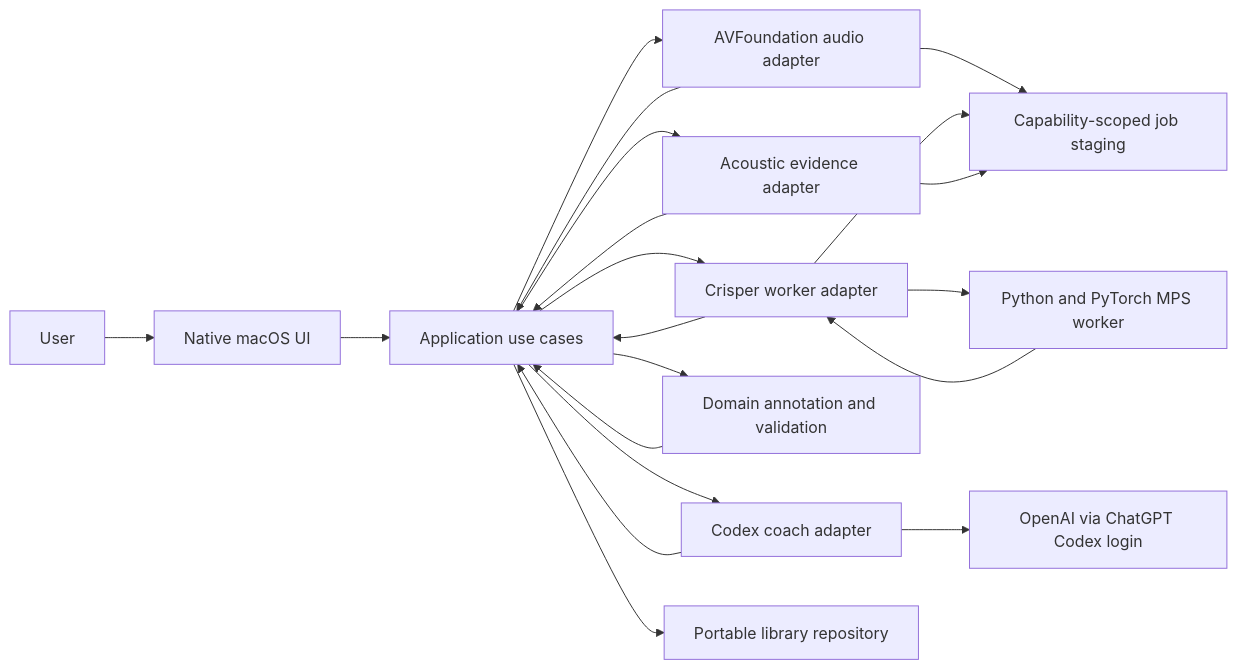
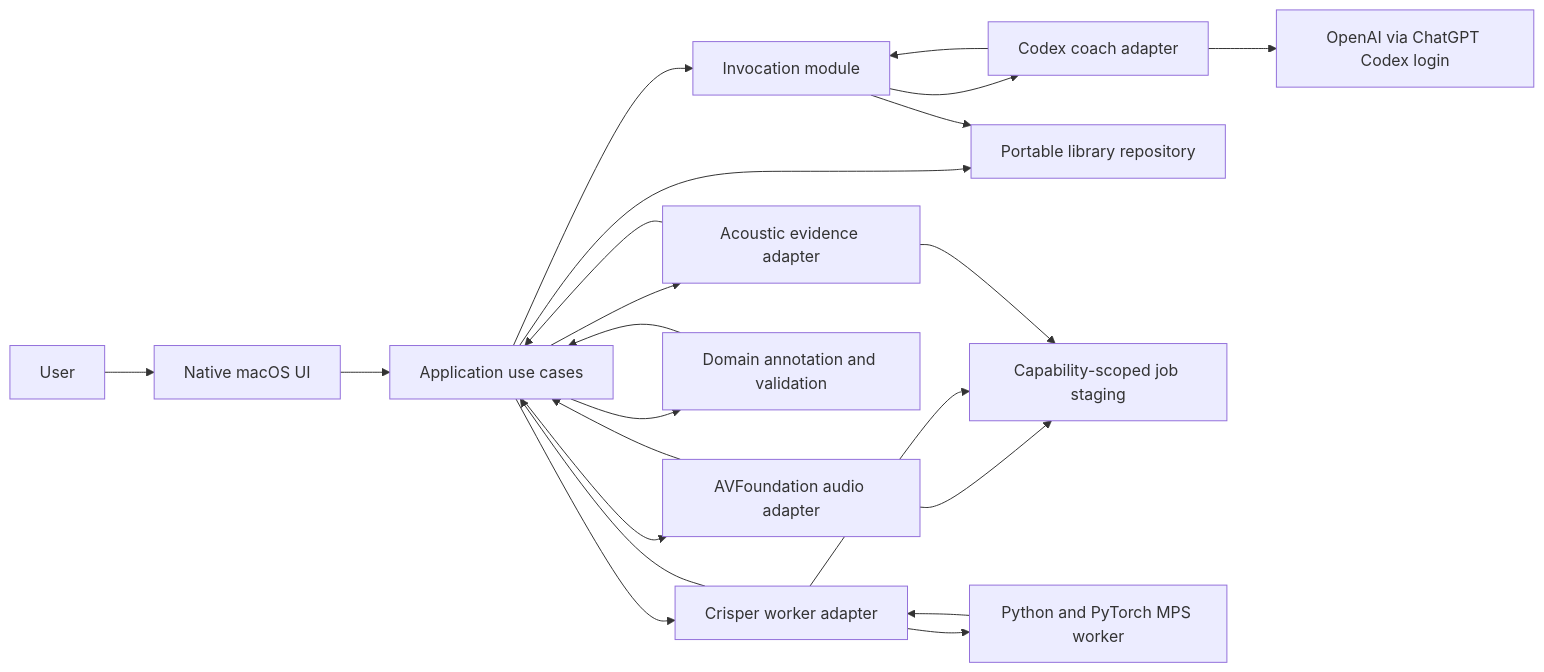
Before and after one commit to kuliran/audora-macos: the diagram in rfc/media/system-context.mmd, drawn with Mermaid. The commit also changed 36 other files, not shown here.

```diff
--- a/rfc/media/system-context.mmd
+++ b/rfc/media/system-context.mmd
@@ -1,22 +1,24 @@
 flowchart LR
     User[User] --> UI[Native macOS UI]
     UI --> App[Application use cases]
     App --> Audio[AVFoundation audio adapter]
     App --> ASR[Crisper worker adapter]
     App --> Evidence[Acoustic evidence adapter]
     App --> Domain[Domain annotation and validation]
-    App --> Coach[Codex coach adapter]
+    App --> Invocation[Invocation module]
+    Invocation --> Coach[Codex coach adapter]
     App --> Store[Portable library repository]
+    Invocation --> Store
     Audio --> Stage[Capability-scoped job staging]
     ASR --> Stage
     Evidence --> Stage
     ASR --> Worker[Python and PyTorch MPS worker]
     Coach --> OpenAI[OpenAI via ChatGPT Codex login]
     Worker --> ASR
     Audio --> App
     ASR --> App
     Evidence --> App
-    Coach --> App
+    Coach --> Invocation
     Domain --> App
 
     %% Only Application can publish authoritative manifests through Store.
```
